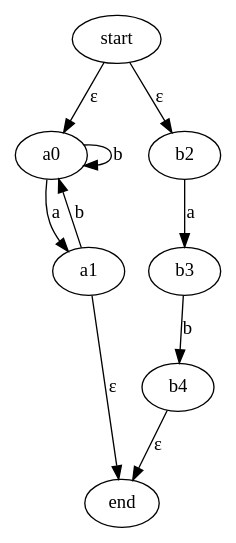
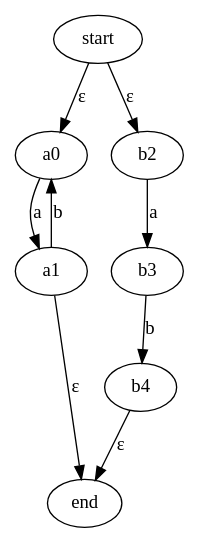
The diagram in automate/union.dot (Failalihaytam/ensa), drawn with Graphviz before and after one commit. The commit also changed 3 other files, not shown here.

```diff
--- a/automate/union.dot
+++ b/automate/union.dot
@@ -1,15 +1,14 @@
 digraph union {
 subgraph A1{
-a0 -> a0 [label=b];
 a0 -> a1 [label=a];
 a1 -> a0 [label=b];
 }
 subgraph A2{
 b2 -> b3 [label=a];
 b3 -> b4 [label=b];
 }
 start -> a0 [label=ε]; 
 start -> b2 [label=ε]; 
 a1 -> end [label=ε]; 
 b4 -> end [label=ε]; 
 }
```
